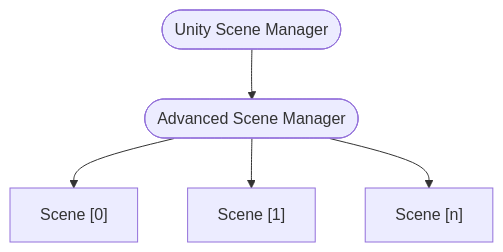
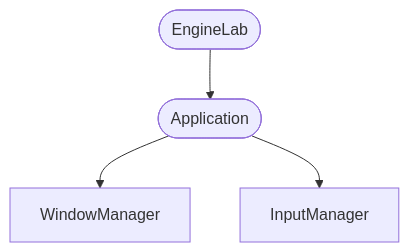
One commit to devk0n/EngineLab changed the diagram in README.md. Above: the diagram before and after it, drawn with Mermaid.

Commit message:
Update README diagram for renamed components and structure
Renamed nodes in the flowchart to reflect updated terminology, such as "EngineLab" and "Application." Adjusted connections to align with the new structure, replacing scenes with specific modules like "WindowManager" and "InputManager."

````diff
--- a/README.md
+++ b/README.md
@@ -1,9 +1,8 @@
 ```mermaid
 flowchart TB
-    usm([Unity Scene Manager])
+    usm([EngineLab])
 
-    usm --> asm([Advanced Scene Manager])
-    asm --> s_a["Scene [0]"]
-    asm --> s_b["Scene [1]"]
-    asm --> s_n["Scene [n]"]
+    usm --> asm([Application])
+    asm --> s_a["WindowManager"]
+    asm --> s_b["InputManager"]
 ```
````
